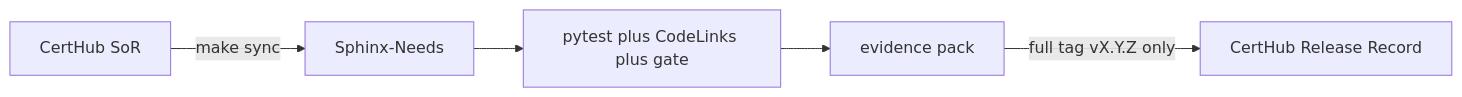
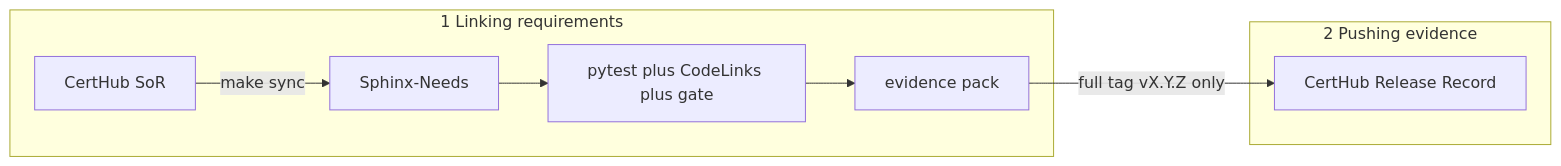
Before and after one commit to CertHubCode/certhub-useblocks-example: the diagram in README.md, drawn with Mermaid. The commit also changed other lines of this file and 15 other files, not shown here.

````diff
--- a/README.md
+++ b/README.md
@@ -26,7 +34,11 @@
 ```mermaid
 flowchart LR
-  CertHub[CertHub SoR] -->|make sync| Needs[Sphinx-Needs]
-  Needs --> Gate[pytest plus CodeLinks plus gate]
-  Gate --> Pack[evidence pack]
-  Pack -->|full tag vX.Y.Z only| Record[CertHub Release Record]
+  subgraph link [1 Linking requirements]
+    CertHub[CertHub SoR] -->|make sync| Needs[Sphinx-Needs]
+    Needs --> Gate[pytest plus CodeLinks plus gate]
+    Gate --> Pack[evidence pack]
+  end
+  subgraph push [2 Pushing evidence]
+    Pack -->|full tag vX.Y.Z only| Record[CertHub Release Record]
+  end
 ```
````
